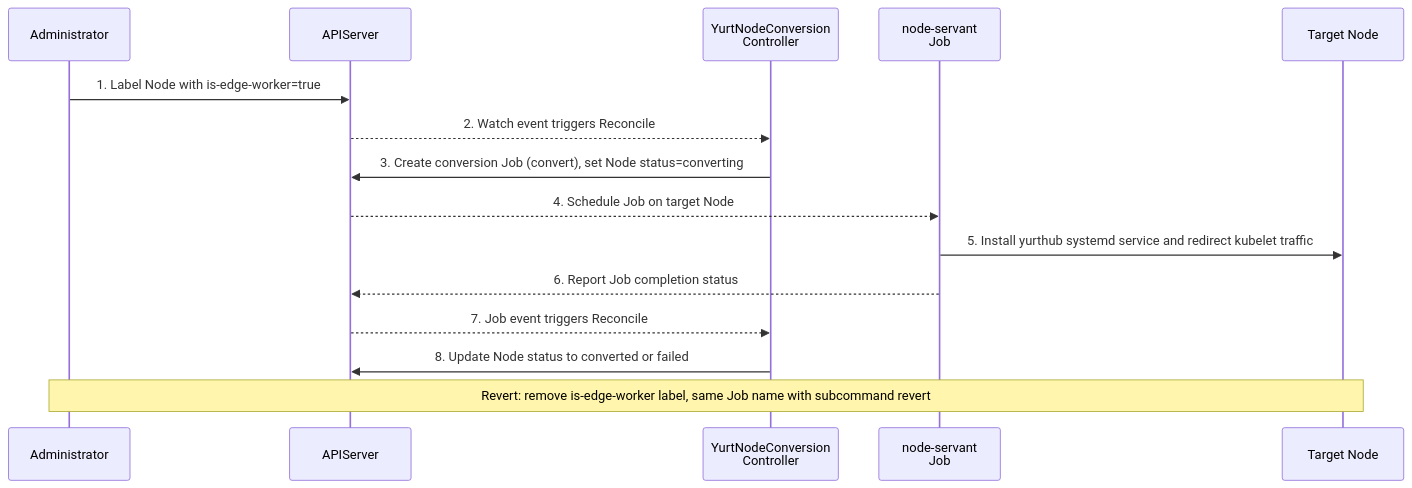
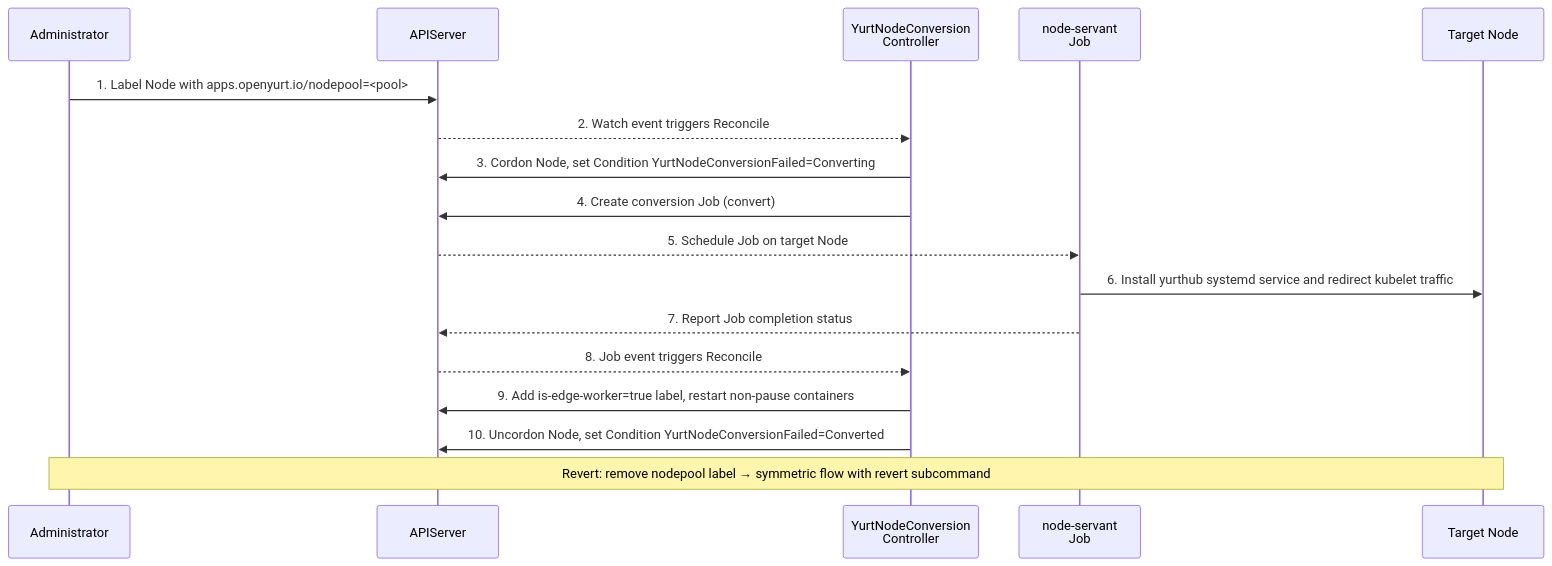
One commit to openyurtio/openyurt changed the diagram in docs/proposals/20260303-label-driven-yurthub.md. Above: the diagram before and after it, drawn with Mermaid. The commit also changed other lines of this file, not shown here.

Commit message:
docs: update trigger logic and add not-pause container restart

````diff
--- a/docs/proposals/20260303-label-driven-yurthub.md
+++ b/docs/proposals/20260303-label-driven-yurthub.md
@@ -61,19 +62,21 @@
 ```mermaid
 sequenceDiagram
     participant Admin as Administrator
     participant API as APIServer
     participant Ctrl as YurtNodeConversion<br/>Controller
     participant Job as node-servant<br/>Job
     participant Node as Target Node
 
-    Admin->>API: 1. Label Node with is-edge-worker=true
+    Admin->>API: 1. Label Node with apps.openyurt.io/nodepool=<pool>
     API-->>Ctrl: 2. Watch event triggers Reconcile
-    Ctrl->>API: 3. Create conversion Job (convert), set Node status=converting
-    API-->>Job: 4. Schedule Job on target Node
-    Job->>Node: 5. Install yurthub systemd service and redirect kubelet traffic
-    Job-->>API: 6. Report Job completion status
-    API-->>Ctrl: 7. Job event triggers Reconcile
-    Ctrl->>API: 8. Update Node status to converted or failed
+    Ctrl->>API: 3. Cordon Node, set Condition YurtNodeConversionFailed=Converting
+    Ctrl->>API: 4. Create conversion Job (convert)
+    API-->>Job: 5. Schedule Job on target Node
+    Job->>Node: 6. Install yurthub systemd service and redirect kubelet traffic
+    Job-->>API: 7. Report Job completion status
+    API-->>Ctrl: 8. Job event triggers Reconcile
+    Ctrl->>API: 9. Add is-edge-worker=true label, restart non-pause containers
+    Ctrl->>API: 10. Uncordon Node, set Condition YurtNodeConversionFailed=Converted
 
-    Note over Admin,Node: Revert: remove is-edge-worker label, same Job name with subcommand revert
+    Note over Admin,Node: Revert: remove nodepool label → symmetric flow with revert subcommand
 ```
````
